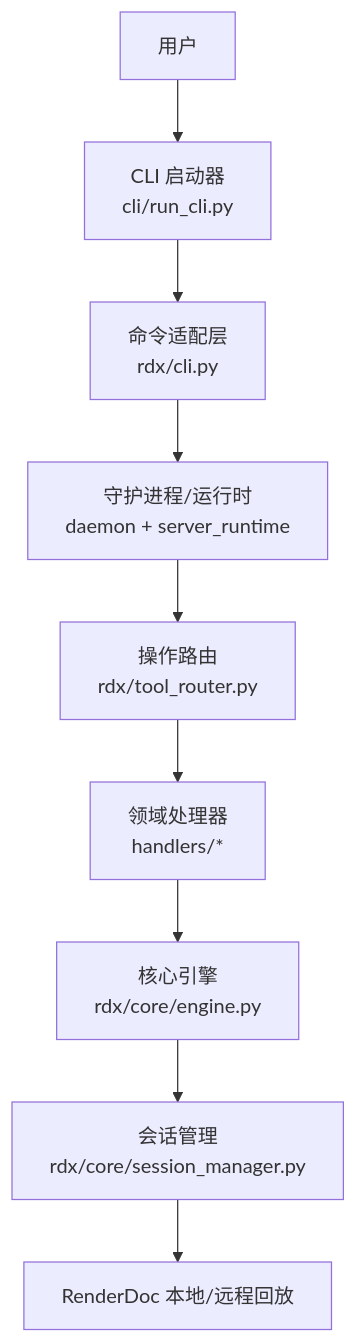
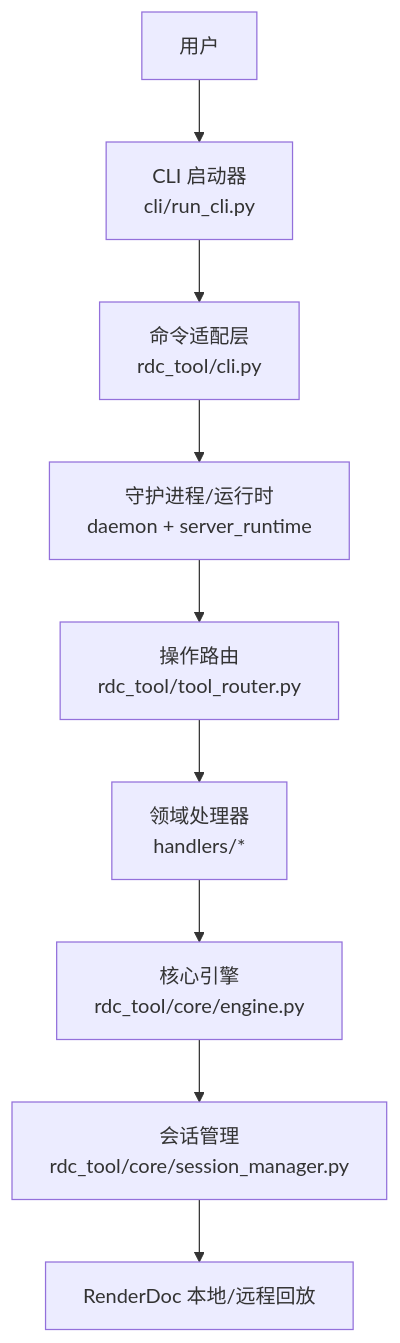
One commit to haolange/RDC-Tool changed the first of 7 diagrams in .qoder/repowiki/zh/content/项目概述/项目介绍.md. Above: the diagram before and after it, drawn with Mermaid. The commit also changed other lines of this file and 388 other files, not shown here.

First line of the commit message:
Release RDC-Tool identity and public maintenance surface

````diff
--- a/.qoder/repowiki/zh/content/项目概述/项目介绍.md
+++ b/.qoder/repowiki/zh/content/项目概述/项目介绍.md
@@ -59,11 +59,11 @@
 ```mermaid
 graph TB
 A["用户"] --> B["CLI 启动器<br/>cli/run_cli.py"]
-B --> C["命令适配层<br/>rdx/cli.py"]
+B --> C["命令适配层<br/>rdc_tool/cli.py"]
 C --> D["守护进程/运行时<br/>daemon + server_runtime"]
-D --> E["操作路由<br/>rdx/tool_router.py"]
+D --> E["操作路由<br/>rdc_tool/tool_router.py"]
 E --> F["领域处理器<br/>handlers/*"]
-F --> G["核心引擎<br/>rdx/core/engine.py"]
-G --> H["会话管理<br/>rdx/core/session_manager.py"]
+F --> G["核心引擎<br/>rdc_tool/core/engine.py"]
+G --> H["会话管理<br/>rdc_tool/core/session_manager.py"]
 H --> I["RenderDoc 本地/远程回放"]
 ```
````
